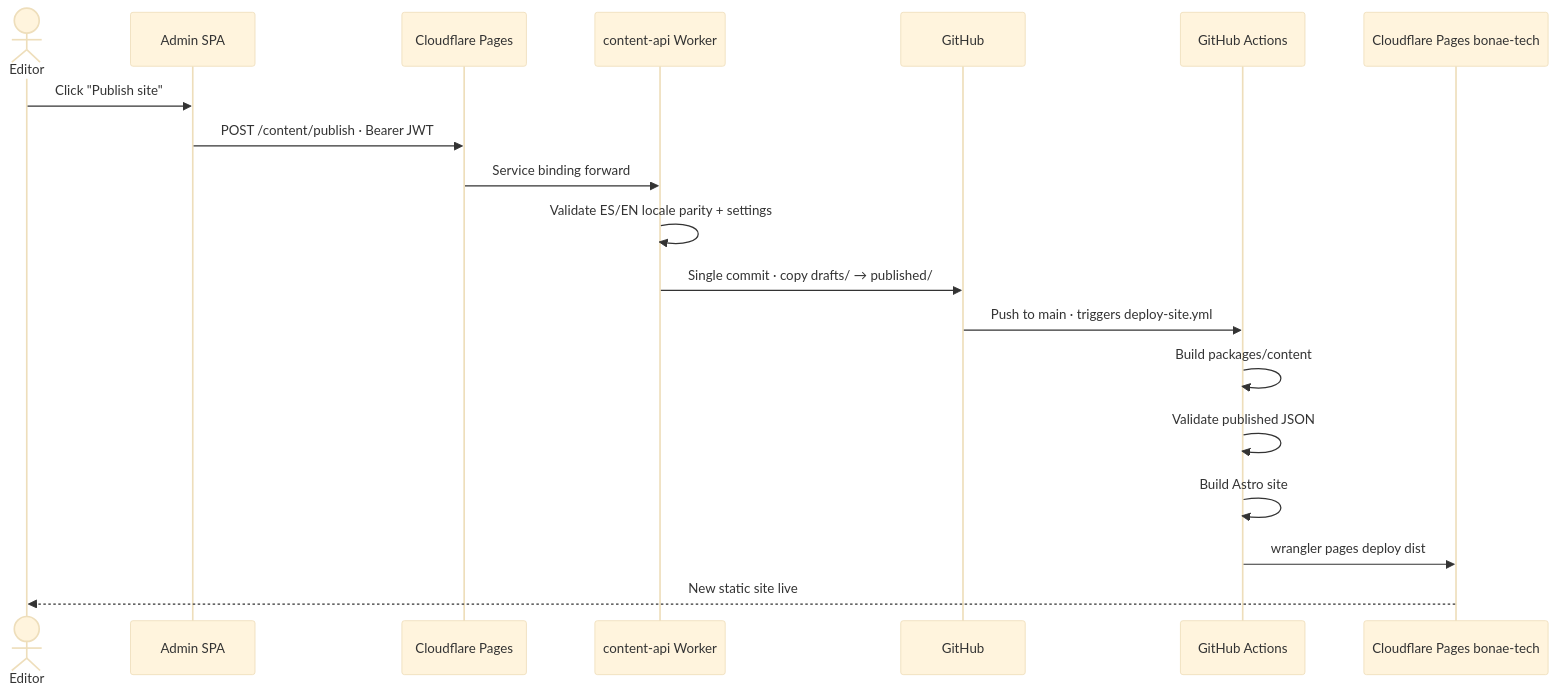
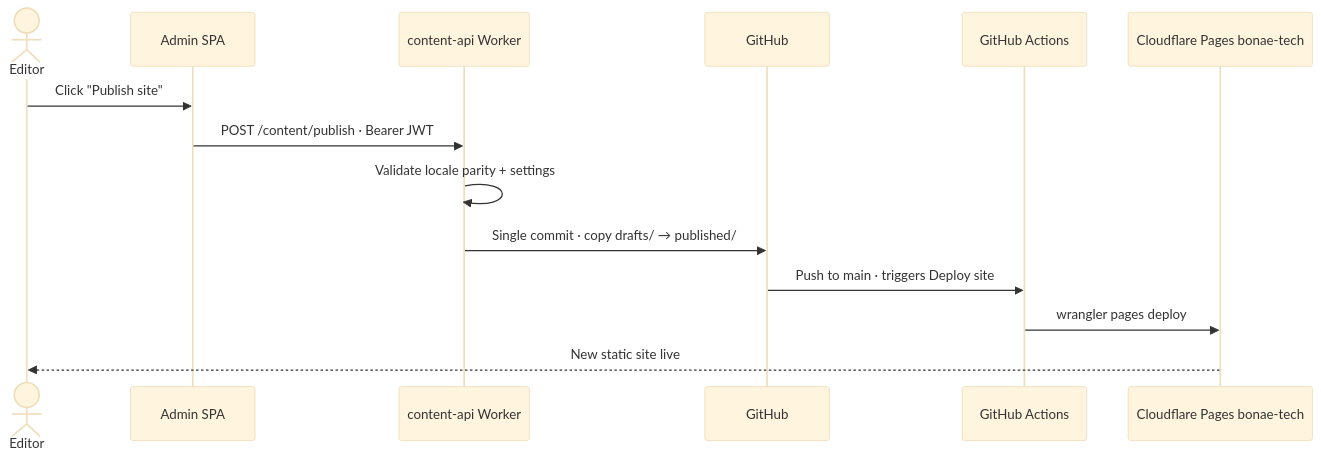
One commit to Bonae-Tech/bonae-tech changed the fourth of 5 diagrams in docs/architecture.md. Above: the diagram before and after it, drawn with Mermaid (base theme). The commit also changed other lines of this file and 21 other files, not shown here.

````diff
--- a/docs/architecture.md
+++ b/docs/architecture.md
@@ -220,22 +213,17 @@
 ```mermaid
 sequenceDiagram
     actor Editor
     participant SPA as Admin SPA
-    participant Pages as Cloudflare Pages
     participant Worker as content-api Worker
     participant GH as GitHub
     participant Actions as GitHub Actions
     participant CF as Cloudflare Pages bonae-tech
 
     Editor->>SPA: Click "Publish site"
-    SPA->>Pages: POST /content/publish · Bearer JWT
-    Pages->>Worker: Service binding forward
-    Worker->>Worker: Validate ES/EN locale parity + settings
+    SPA->>Worker: POST /content/publish · Bearer JWT
+    Worker->>Worker: Validate locale parity + settings
     Worker->>GH: Single commit · copy drafts/ → published/
-    GH->>Actions: Push to main · triggers deploy-site.yml
-    Actions->>Actions: Build packages/content
-    Actions->>Actions: Validate published JSON
-    Actions->>Actions: Build Astro site
-    Actions->>CF: wrangler pages deploy dist
+    GH->>Actions: Push to main · triggers Deploy site
+    Actions->>CF: wrangler pages deploy
     CF-->>Editor: New static site live
 ```
````
